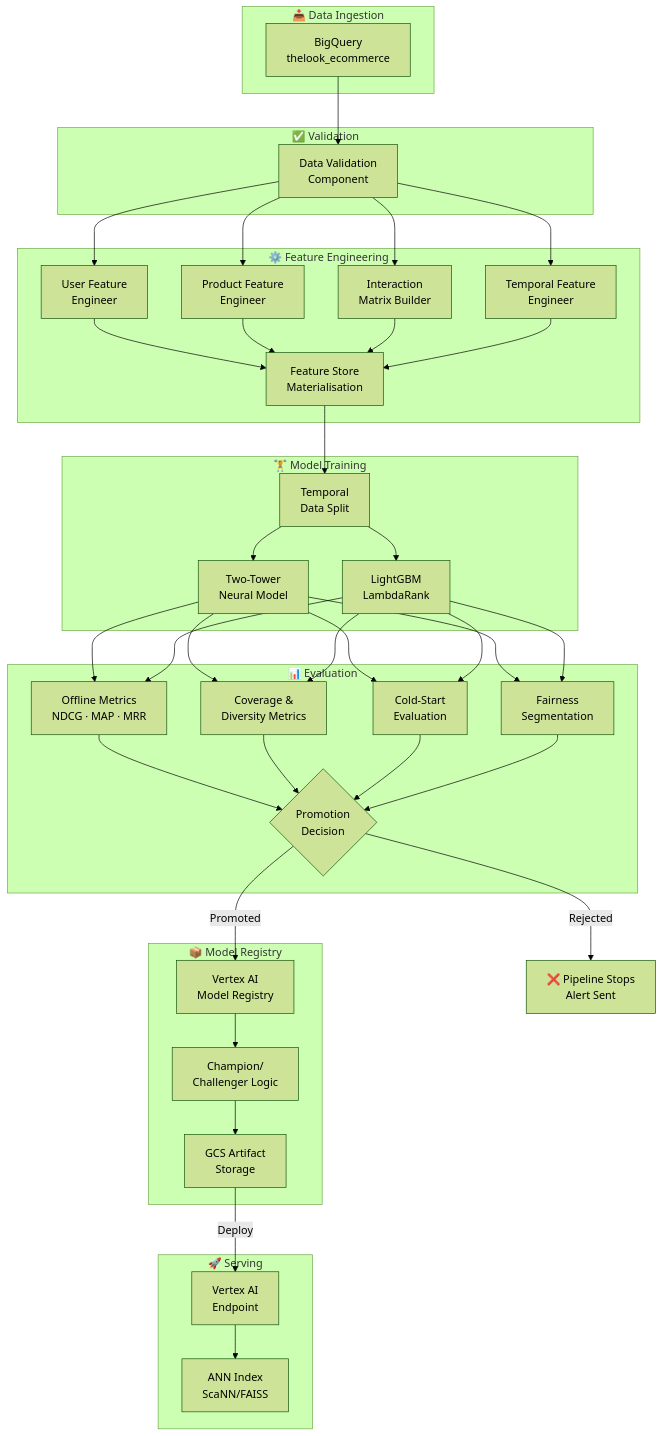
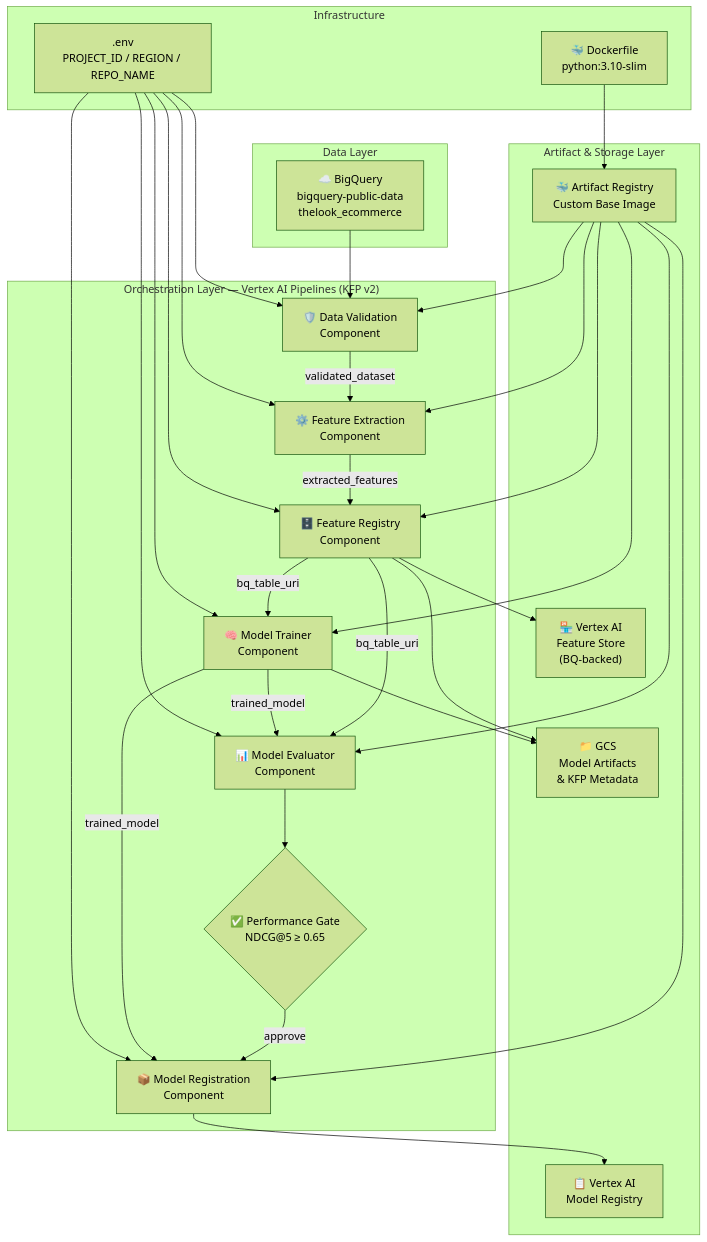
One commit to mohamedibraham/recommendation-system-mlops changed the first of 4 diagrams in README.md. Above: the diagram before and after it, drawn with Mermaid (forest theme). The commit also changed other lines of this file and 27 other files, not shown here.

Commit message:
Refactor recommendation system pipelines and improve feature engineering architecture

````diff
--- a/README.md
+++ b/README.md
@@ -207,55 +76,46 @@
 ```mermaid
-flowchart TD
-    subgraph INGEST["📥 Data Ingestion"]
-        A[BigQuery\nthelook_ecommerce]
+graph TD
+    subgraph "Data Layer"
+        BQ_SRC["☁️ BigQuery\nbigquery-public-data\nthelook_ecommerce"]
     end
 
-    subgraph VALIDATE["✅ Validation"]
-        B[Data Validation\nComponent]
+    subgraph "Orchestration Layer — Vertex AI Pipelines (KFP v2)"
+        V1["🛡️ Data Validation\nComponent"]
+        V2["⚙️ Feature Extraction\nComponent"]
+        V3["🗄️ Feature Registry\nComponent"]
+        V4["🧠 Model Trainer\nComponent"]
+        V5["📊 Model Evaluator\nComponent"]
+        V6{"✅ Performance Gate\nNDCG@5 ≥ 0.65"}
+        V7["📦 Model Registration\nComponent"]
     end
 
-    subgraph FEATURES["⚙️ Feature Engineering"]
-        C1[User Feature\nEngineer]
-        C2[Product Feature\nEngineer]
-        C3[Interaction\nMatrix Builder]
-        C4[Temporal Feature\nEngineer]
-        C5[Feature Store\nMaterialisation]
+    subgraph "Artifact & Storage Layer"
+        AR["🐳 Artifact Registry\nCustom Base Image"]
+        GCS["📁 GCS\nModel Artifacts\n& KFP Metadata"]
+        FS["🏪 Vertex AI\nFeature Store\n(BQ-backed)"]
+        MR["📋 Vertex AI\nModel Registry"]
     end
 
-    subgraph TRAIN["🏋️ Model Training"]
-        D1[Temporal\nData Split]
-        D2[Two-Tower\nNeural Model]
-        D3[LightGBM\nLambdaRank]
+    subgraph "Infrastructure"
+        ENV[".env\nPROJECT_ID / REGION / REPO_NAME"]
+        DOCKER["🐳 Dockerfile\npython:3.10-slim"]
     end
 
-    subgraph EVAL["📊 Evaluation"]
-        E1[Offline Metrics\nNDCG · MAP · MRR]
-        E2[Coverage &\nDiversity Metrics]
-        E3[Cold-Start\nEvaluation]
-        E4[Fairness\nSegmentation]
-        E5{Promotion\nDecision}
-    end
+    BQ_SRC --> V1
+    V1 -->|validated_dataset| V2
+    V2 -->|extracted_features| V3
+    V3 -->|bq_table_uri| V4
+    V3 -->|bq_table_uri| V5
+    V4 -->|trained_model| V5
+    V5 --> V6
+    V6 -->|approve| V7
+    V4 -->|trained_model| V7
 
-    subgraph REGISTRY["📦 Model Registry"]
-        F1[Vertex AI\nModel Registry]
-        F2[Champion/\nChallenger Logic]
-        F3[GCS Artifact\nStorage]
-    end
-
-    subgraph SERVE["🚀 Serving"]
-        G1[Vertex AI\nEndpoint]
-        G2[ANN Index\nScaNN/FAISS]
-    end
-
-    A --> B --> C1 & C2 & C3 & C4
-    C1 & C2 & C3 & C4 --> C5
-    C5 --> D1
-    D1 --> D2 & D3
-    D2 & D3 --> E1 & E2 & E3 & E4
-    E1 & E2 & E3 & E4 --> E5
-    E5 -->|Promoted| F1
-    E5 -->|Rejected| REJECT[❌ Pipeline Stops\nAlert Sent]
-    F1 --> F2 --> F3
-    F3 -->|Deploy| G1
-    G1 --> G2
+    AR --> V1 & V2 & V3 & V4 & V5 & V7
+    DOCKER --> AR
+    ENV --> V1 & V2 & V3 & V4 & V5 & V7
+    V3 --> FS
+    V3 --> GCS
+    V4 --> GCS
+    V7 --> MR
 ```
````
